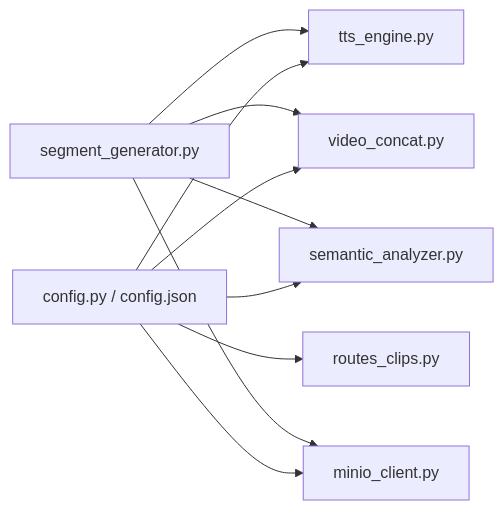
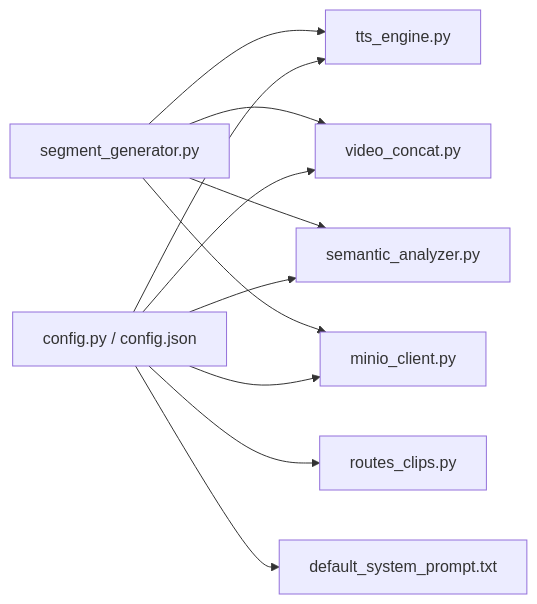
Before and after one commit to leo21cn/real-time-talk: the sixth of 6 diagrams in .qoder/repowiki/zh/content/后端服务/多媒体处理流水线/视频片段拼接.md, drawn with Mermaid. The commit also changed other lines of this file and 9 other files, not shown here.

````diff
--- a/.qoder/repowiki/zh/content/后端服务/多媒体处理流水线/视频片段拼接.md
+++ b/.qoder/repowiki/zh/content/后端服务/多媒体处理流水线/视频片段拼接.md
@@ -322,12 +388,13 @@
 ```mermaid
 graph LR
 CFG["config.py / config.json"] --> CONCAT["video_concat.py"]
 CFG --> TTS["tts_engine.py"]
 CFG --> SEM["semantic_analyzer.py"]
 CFG --> MINIO["minio_client.py"]
 CFG --> ROUTE["routes_clips.py"]
+CFG --> PROMPT["default_system_prompt.txt"]
 GEN["segment_generator.py"] --> TTS
 GEN --> SEM
 GEN --> CONCAT
 GEN --> MINIO
 ```
````
